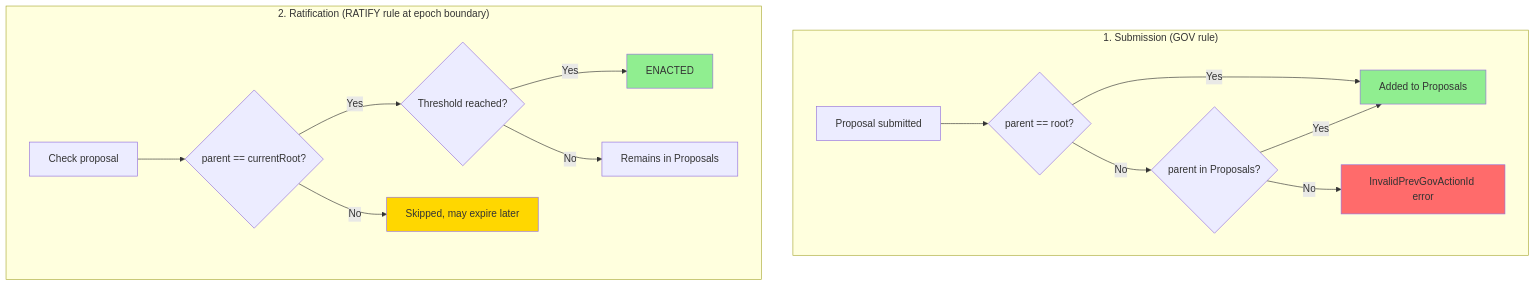
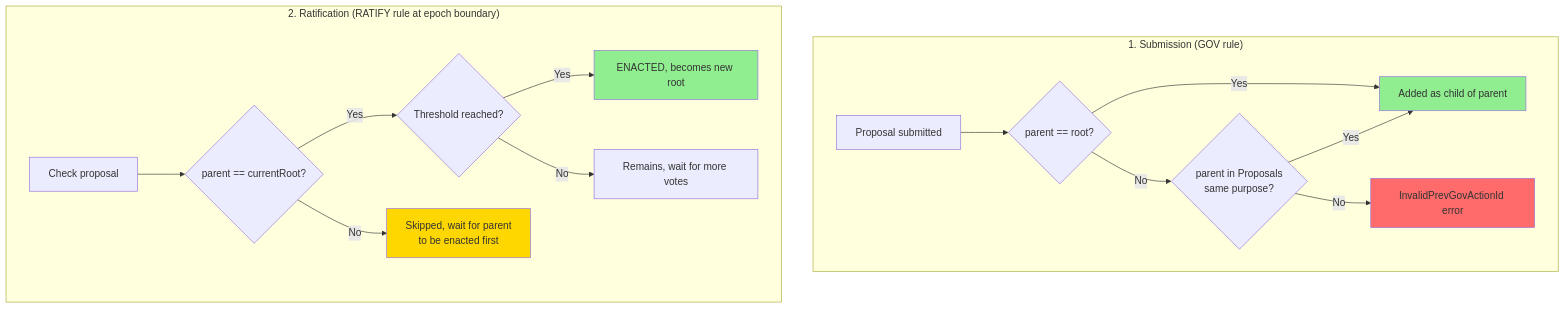
Before and after one commit to cardananium/cardano-handbook: the first of 2 diagrams in previous-gov-action-id.md, drawn with Mermaid. The commit also changed other lines of this file, not shown here.

````diff
--- a/previous-gov-action-id.md
+++ b/previous-gov-action-id.md
@@ -43,22 +44,22 @@
 ```mermaid
 flowchart TD
     subgraph "1. Submission (GOV rule)"
         S1[Proposal submitted] --> S2{parent == root?}
         S2 -->|Yes| S3[Added to Proposals]
-        S2 -->|No| S5{parent in Proposals?}
-        S5 -->|Yes| S3
+        S2 -->|No| S5{parent in Proposals<br/>same purpose?}
+        S5 -->|Yes| S3[Added as child of parent]
         S5 -->|No| S4[InvalidPrevGovActionId error]
         style S4 fill:#FF6B6B
         style S3 fill:#90EE90
     end
 
     subgraph "2. Ratification (RATIFY rule at epoch boundary)"
         R1[Check proposal] --> R2{parent == currentRoot?}
         R2 -->|Yes| R3{Threshold reached?}
-        R3 -->|Yes| R4[ENACTED]
-        R3 -->|No| R5[Remains in Proposals]
-        R2 -->|No| R6[Skipped, may expire later]
+        R3 -->|Yes| R4[ENACTED, becomes new root]
+        R3 -->|No| R5[Remains, wait for more votes]
+        R2 -->|No| R6[Skipped, wait for parent<br/>to be enacted first]
         style R4 fill:#90EE90
         style R6 fill:#FFD700
     end
 ```
````
